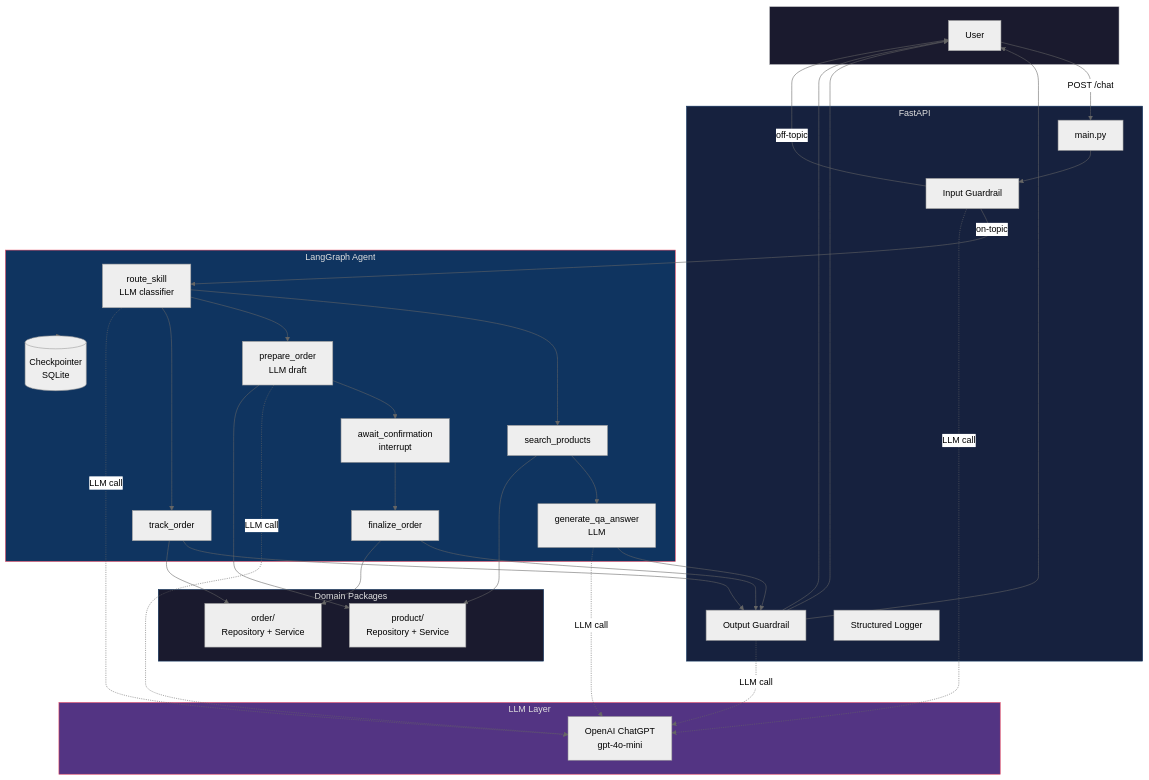
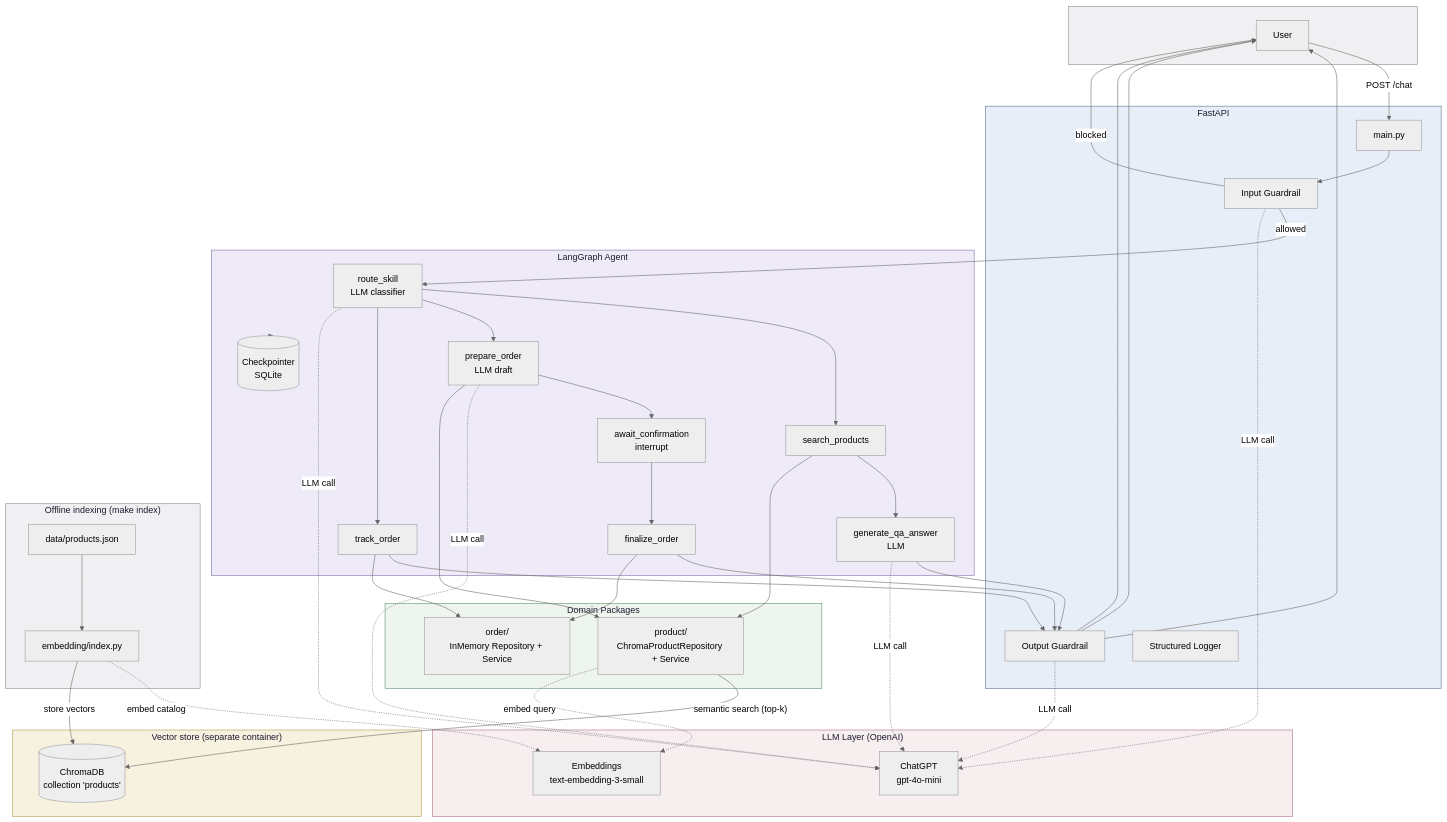
One commit to pcwieka/fastapi-langgraph-ai-agent changed the third of 4 diagrams in README.md. Above: the diagram before and after it, drawn with Mermaid (neutral theme). The commit also changed other lines of this file and 16 other files, not shown here.

Commit message:
Replace keyword search with ChromaDB vector RAG

````diff
--- a/README.md
+++ b/README.md
@@ -57,60 +84,75 @@
 ```mermaid
 flowchart TB
     subgraph Client[" "]
         User[User]
     end
 
     subgraph FastAPI["FastAPI"]
         Main[main.py]
         GuardIn[Input Guardrail]
         GuardOut[Output Guardrail]
         Logger[Structured Logger]
     end
 
     subgraph LangGraph["LangGraph Agent"]
         Router[route_skill<br/>LLM classifier]
         QA1[search_products]
         QA2[generate_qa_answer<br/>LLM]
         Ord1[prepare_order<br/>LLM draft]
         Ord2[await_confirmation<br/>interrupt]
         Ord3[finalize_order]
         Track[track_order]
         CP[("Checkpointer<br/>SQLite")]
     end
 
-    subgraph LLM["LLM Layer"]
-        OpenAI[OpenAI ChatGPT<br/>gpt-4o-mini]
+    subgraph LLM["LLM Layer (OpenAI)"]
+        OpenAI[ChatGPT<br/>gpt-4o-mini]
+        Embed[Embeddings<br/>text-embedding-3-small]
     end
 
     subgraph Domains["Domain Packages"]
-        Product[product/<br/>Repository + Service]
-        Order[order/<br/>Repository + Service]
+        Product[product/<br/>ChromaProductRepository + Service]
+        Order[order/<br/>InMemory Repository + Service]
+    end
+
+    subgraph Vector["Vector store (separate container)"]
+        Chroma[("ChromaDB<br/>collection 'products'")]
+    end
+
+    subgraph Offline["Offline indexing (make index)"]
+        Catalog[data/products.json] --> Indexer[embedding/index.py]
     end
 
     User -->|"POST /chat"| Main
     Main --> GuardIn
-    GuardIn -->|on-topic| Router
-    GuardIn -->|off-topic| User
+    GuardIn -->|allowed| Router
+    GuardIn -->|blocked| User
     Router --> QA1 --> QA2
     Router --> Ord1 --> Ord2 --> Ord3
     Router --> Track
     QA2 --> GuardOut --> User
     Ord3 --> GuardOut --> User
     Track --> GuardOut --> User
     QA2 -.->|LLM call| OpenAI
     Ord1 -.->|LLM call| OpenAI
     Router -.->|LLM call| OpenAI
     GuardIn -.->|LLM call| OpenAI
     GuardOut -.->|LLM call| OpenAI
     LangGraph --> CP
     QA1 --> Product
     Ord1 --> Product
     Ord3 --> Order
     Track --> Order
+    Product -->|"semantic search (top-k)"| Chroma
+    Product -.->|embed query| Embed
+    Indexer -.->|embed catalog| Embed
+    Indexer -->|store vectors| Chroma
 
-    style Client fill:#1a1a2e,stroke:#e0e0e0,color:#e0e0e0
-    style FastAPI fill:#16213e,stroke:#0f3460,color:#e0e0e0
-    style LangGraph fill:#0f3460,stroke:#e94560,color:#e0e0e0
-    style LLM fill:#533483,stroke:#e94560,color:#e0e0e0
-    style Domains fill:#1a1a2e,stroke:#0f3460,color:#e0e0e0
+    style Client fill:#f0f0f3,stroke:#888,color:#1a1a2e
+    style FastAPI fill:#e8eef7,stroke:#5b6b8c,color:#1a1a2e
+    style LangGraph fill:#efeaf8,stroke:#7a6aa8,color:#1a1a2e
+    style LLM fill:#f7eef0,stroke:#b06a80,color:#1a1a2e
+    style Domains fill:#eef5ee,stroke:#5b8c6b,color:#1a1a2e
+    style Vector fill:#f7f1e0,stroke:#b09a4a,color:#1a1a2e
+    style Offline fill:#f0f0f3,stroke:#888,color:#1a1a2e
 ```
````
